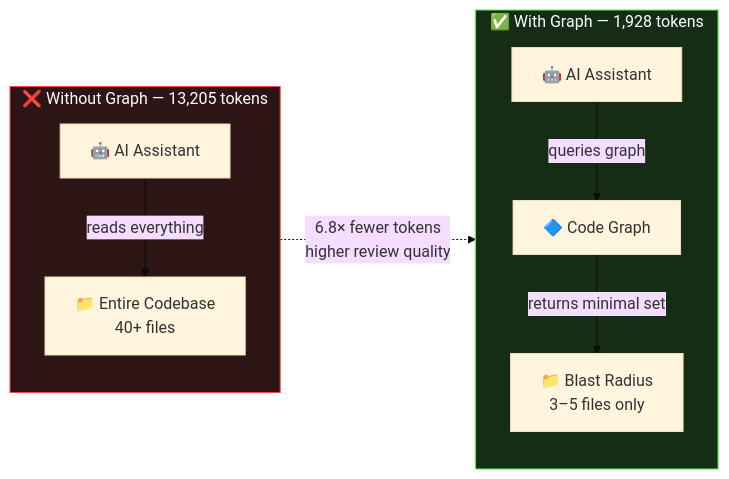
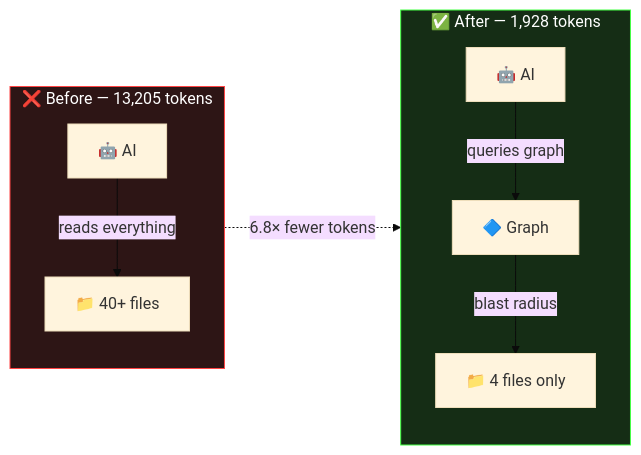
The first of 4 diagrams in README.md (cyberNoman/universal-code-review-graph), drawn with Mermaid (base theme) before and after one commit. The commit also changed other lines of this file and 1 other file, not shown here.

First line of the commit message:
refocus: MCP-server-only positioning

````diff
--- a/README.md
+++ b/README.md
@@ -22,23 +23,13 @@
 ```mermaid
 graph LR
-    subgraph WITHOUT["❌  Without Graph — 13,205 tokens"]
-        direction TB
-        AI1["🤖 AI Assistant"]
-        CB["📁 Entire Codebase\n40+ files"]
-        AI1 -->|"reads everything"| CB
+    subgraph BEFORE["❌ Before — 13,205 tokens"]
+        A1["🤖 AI"] -->|reads everything| B1["📁 40+ files"]
     end
-
-    subgraph WITH["✅  With Graph — 1,928 tokens"]
-        direction TB
-        AI2["🤖 AI Assistant"]
-        G["🔷 Code Graph"]
-        BR["📁 Blast Radius\n3–5 files only"]
-        AI2 -->|"queries graph"| G
-        G -->|"returns minimal set"| BR
+    subgraph AFTER["✅ After — 1,928 tokens"]
+        A2["🤖 AI"] -->|queries graph| G["🔷 Graph"]
+        G -->|blast radius| B2["📁 4 files only"]
     end
-
-    WITHOUT -.->|"6.8× fewer tokens\nhigher review quality"| WITH
-
-    style WITHOUT fill:#2d1515,stroke:#ff4444,color:#fff
-    style WITH fill:#152d15,stroke:#44ff44,color:#fff
+    BEFORE -.->|"6.8× fewer tokens"| AFTER
+    style BEFORE fill:#2d1515,stroke:#ff4444,color:#fff
+    style AFTER fill:#152d15,stroke:#44ff44,color:#fff
 ```
````
